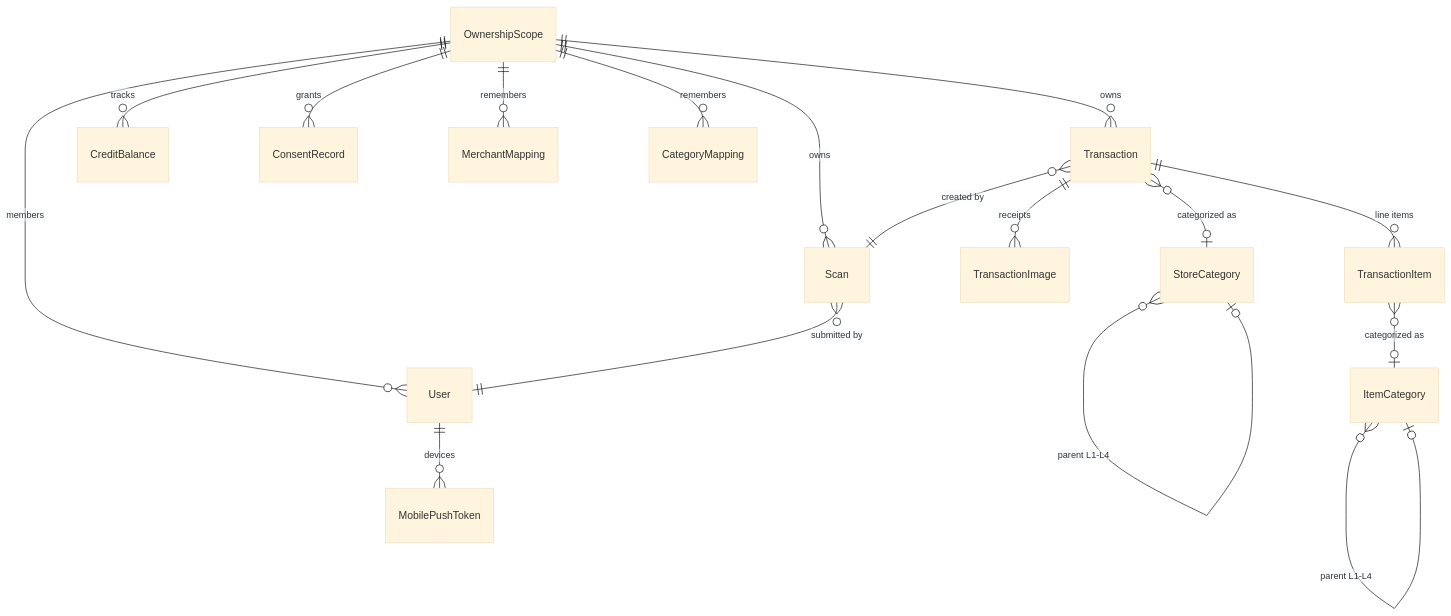
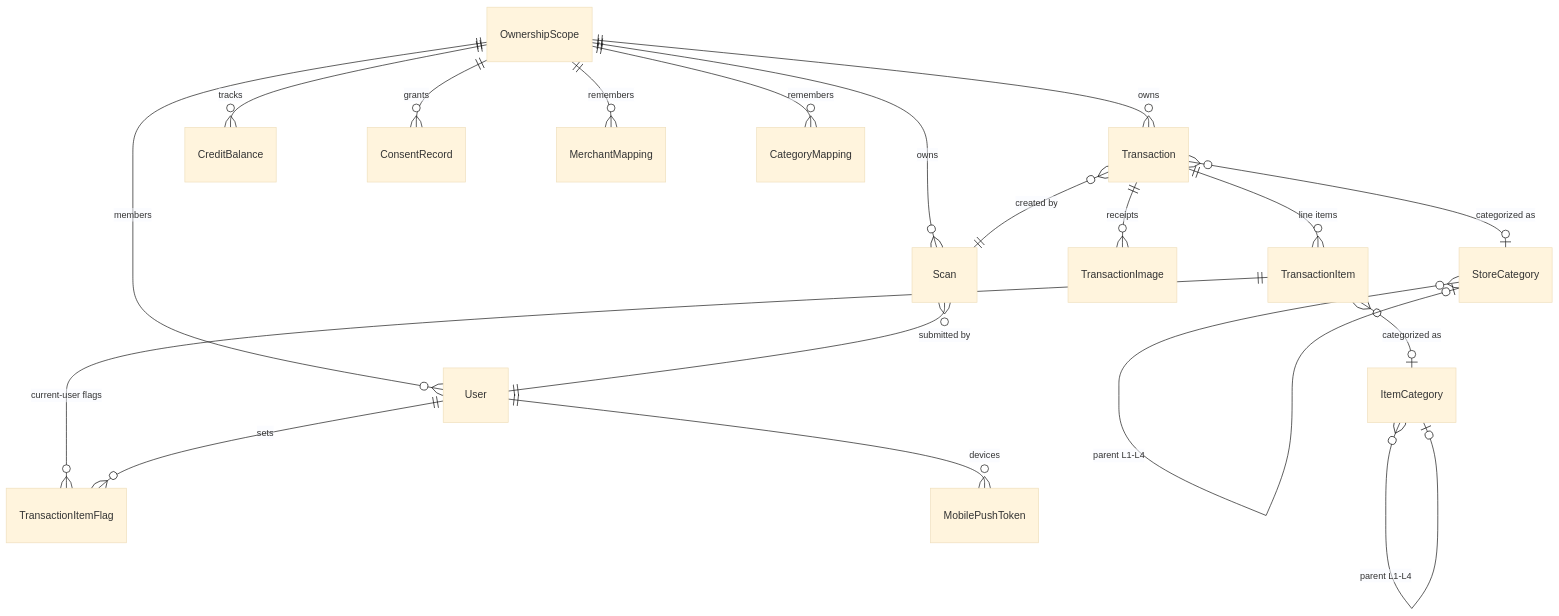
One commit to Brownbull/gastify changed the first of 2 diagrams in docs/wells/2-data-model.md. Above: the diagram before and after it, drawn with Mermaid (base theme). The commit also changed other lines of this file and 20 other files, not shown here.

First line of the commit message:
feat(insights): user-private item flags with aggregate exclusion

````diff
--- a/docs/wells/2-data-model.md
+++ b/docs/wells/2-data-model.md
@@ -126,24 +137,26 @@
 ```mermaid
 erDiagram
   OwnershipScope ||--o{ User : "members"
   OwnershipScope ||--o{ Transaction : "owns"
   OwnershipScope ||--o{ Scan : "owns"
   OwnershipScope ||--o{ CreditBalance : "tracks"
   OwnershipScope ||--o{ ConsentRecord : "grants"
   OwnershipScope ||--o{ MerchantMapping : "remembers"
   OwnershipScope ||--o{ CategoryMapping : "remembers"
 
   Transaction ||--o{ TransactionItem : "line items"
   Transaction ||--o{ TransactionImage : "receipts"
   Transaction }o--|| Scan : "created by"
   Transaction }o--o| StoreCategory : "categorized as"
 
   TransactionItem }o--o| ItemCategory : "categorized as"
+  TransactionItem ||--o{ TransactionItemFlag : "current-user flags"
+  User ||--o{ TransactionItemFlag : "sets"
 
   Scan }o--|| User : "submitted by"
 
   User ||--o{ MobilePushToken : "devices"
 
   StoreCategory }o--o| StoreCategory : "parent L1-L4"
   ItemCategory }o--o| ItemCategory : "parent L1-L4"
 ```
````
